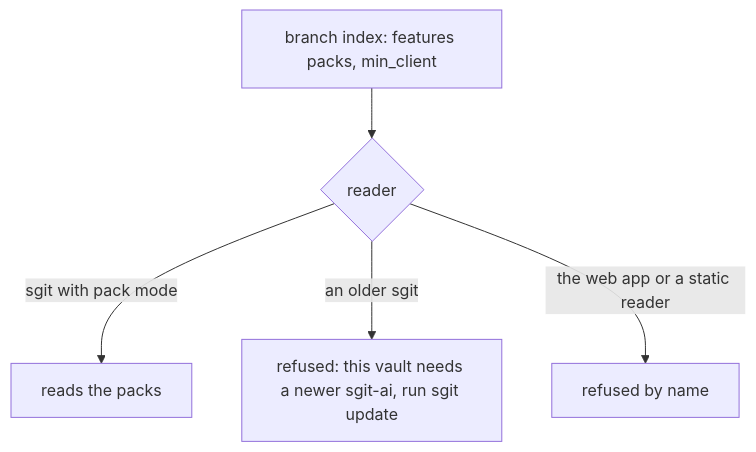
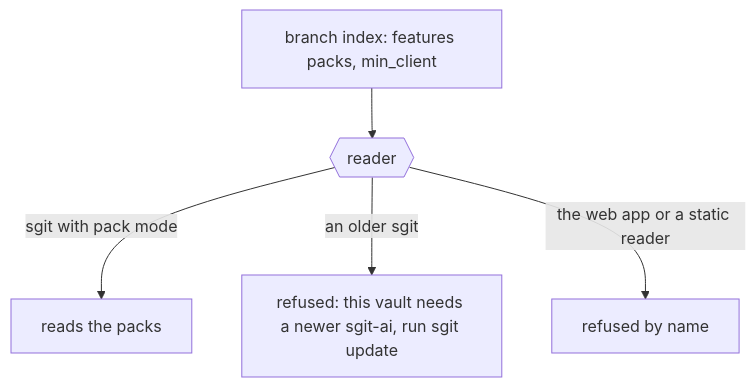
Before and after one commit to SGit-AI/SGit-AI__Website__Cli: the fifth of 6 diagrams in articles/a-pack-per-push.md, drawn with Mermaid. The commit also changed other lines of this file and 27 other files, not shown here.

First line of the commit message:
site v0.2.4: diagrams at a readable size

````diff
--- a/articles/a-pack-per-push.md
+++ b/articles/a-pack-per-push.md
@@ -183,8 +183,8 @@
 ```mermaid
 %% The gate: a pack vault says so in its branch index, and every reader that does not know packs refuses it by name instead of seeing an empty vault.
 flowchart TD
-    I[branch index: features packs, min_client] --> N{reader}
+    I[branch index: features packs, min_client] --> N{{reader}}
     N -- sgit with pack mode --> OK[reads the packs]
     N -- an older sgit --> R1[refused: this vault needs a newer sgit-ai, run sgit update]
     N -- the web app or a static reader --> R2[refused by name]
 ```
````
